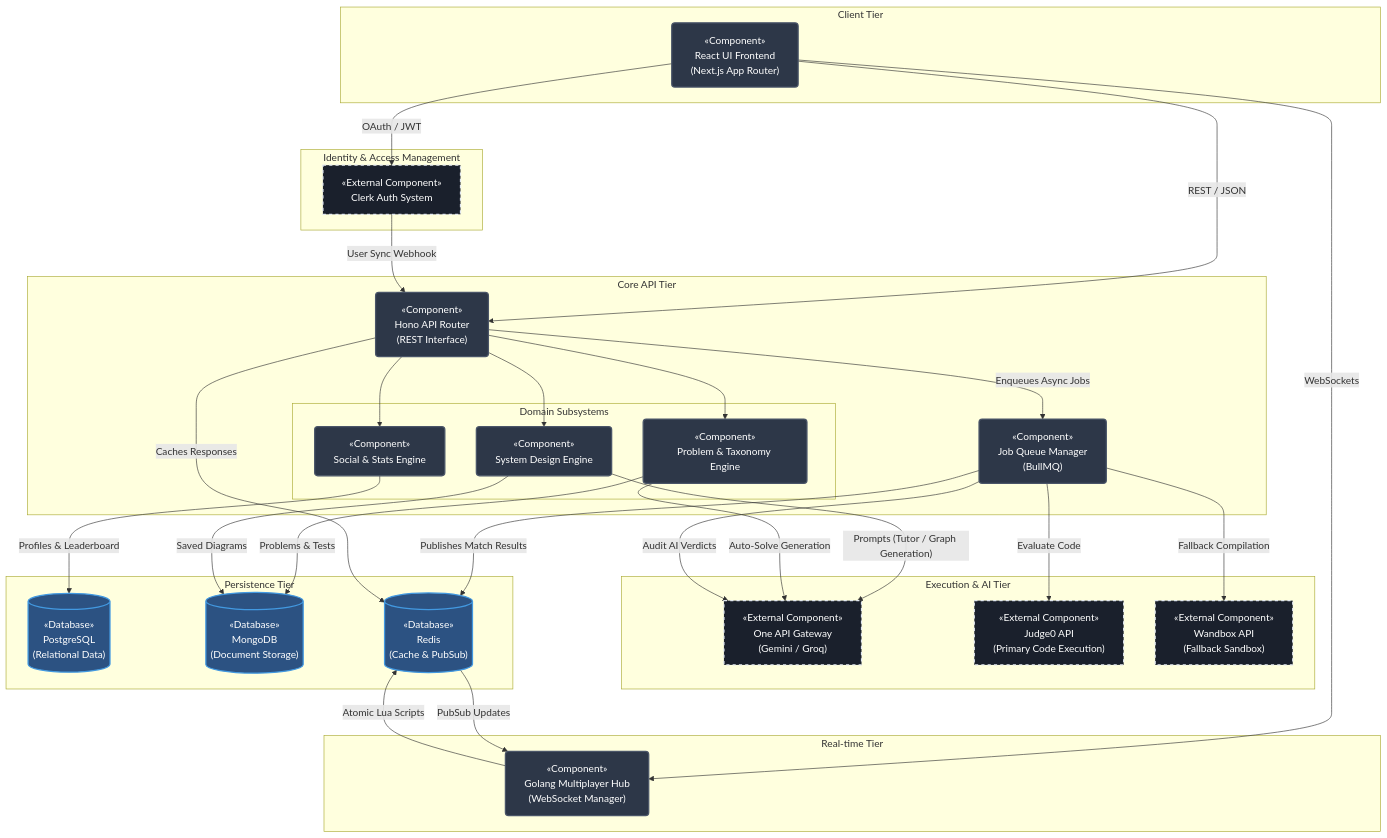
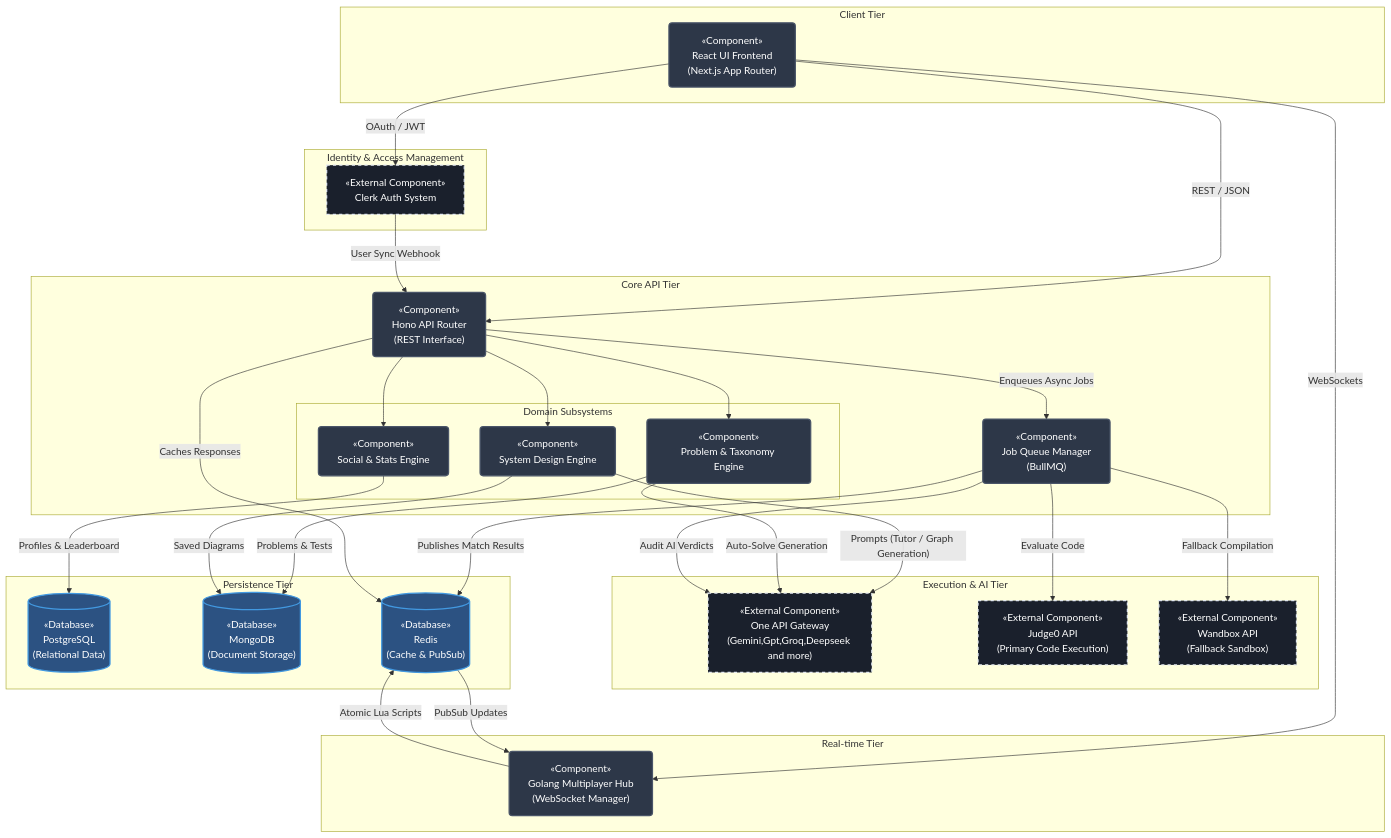
Before and after one commit to phero20/coding_arena: the diagram in component_diagram.md, drawn with Mermaid. The commit also changed other lines of this file and 45 other files, not shown here.

```diff
--- a/component_diagram.md
+++ b/component_diagram.md
@@ -41,7 +41,7 @@
 
     %% Execution & AI Tier
     subgraph Execution ["Execution & AI Tier"]
-        AIProvider["«External Component»\nOne API Gateway\n(Gemini / Groq)"]:::external
+        AIProvider["«External Component»\nOne API Gateway\n(Gemini,Gpt,Groq,Deepseek and more)"]:::external
         Judge0["«External Component»\nJudge0 API\n(Primary Code Execution)"]:::external
         Wandbox["«External Component»\nWandbox API\n(Fallback Sandbox)"]:::external
     end
```
